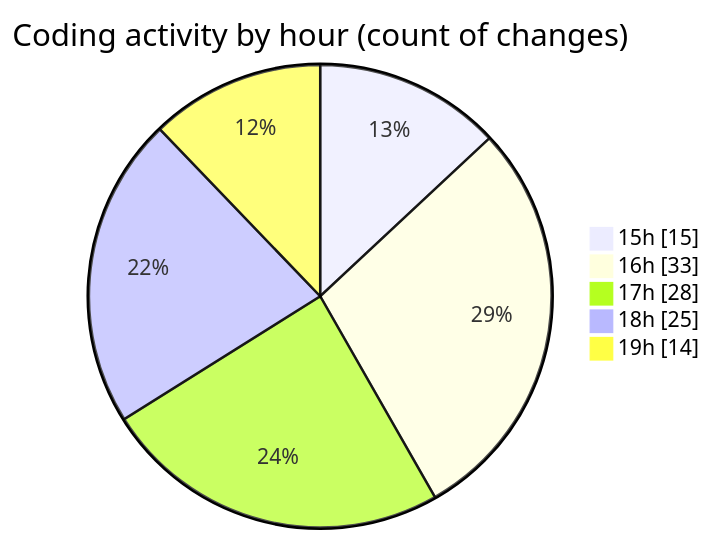
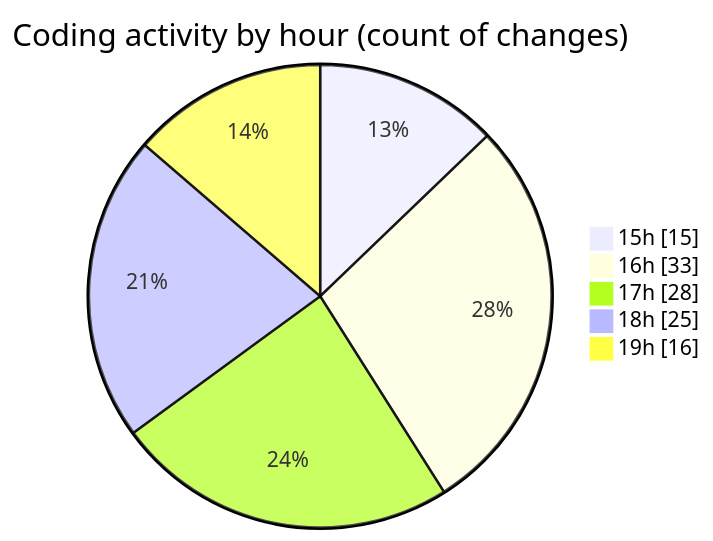
Before and after one commit to donsfak/code-tracking: the second of 2 diagrams in 2025-02-25/trackers_app/README.md, drawn with Mermaid. The commit also changed other lines of this file and 1 other file, not shown here.

````diff
--- a/2025-02-25/trackers_app/README.md
+++ b/2025-02-25/trackers_app/README.md
@@ -41,9 +41,9 @@
 ```mermaid
 pie showData
 title Coding activity by hour (count of changes)
 "15h" : 15
 "16h" : 33
 "17h" : 28
 "18h" : 25
-"19h" : 14
+"19h" : 16
 ```
````
